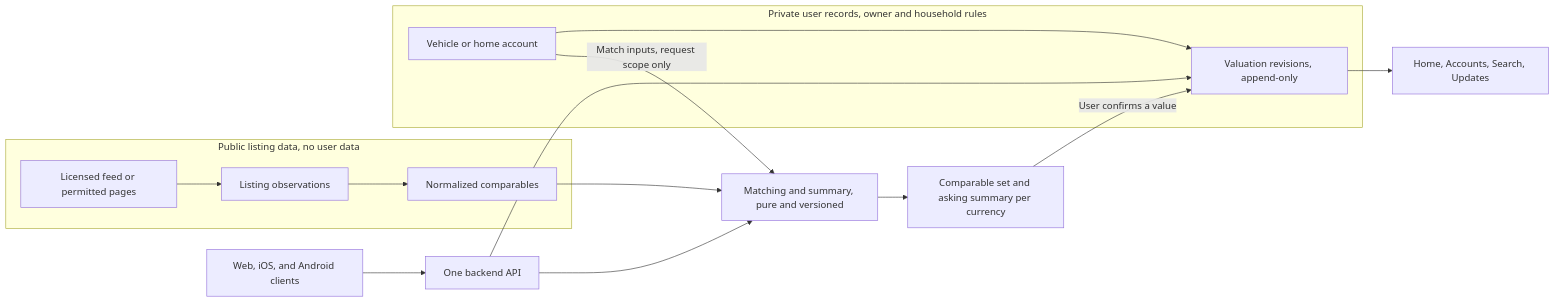
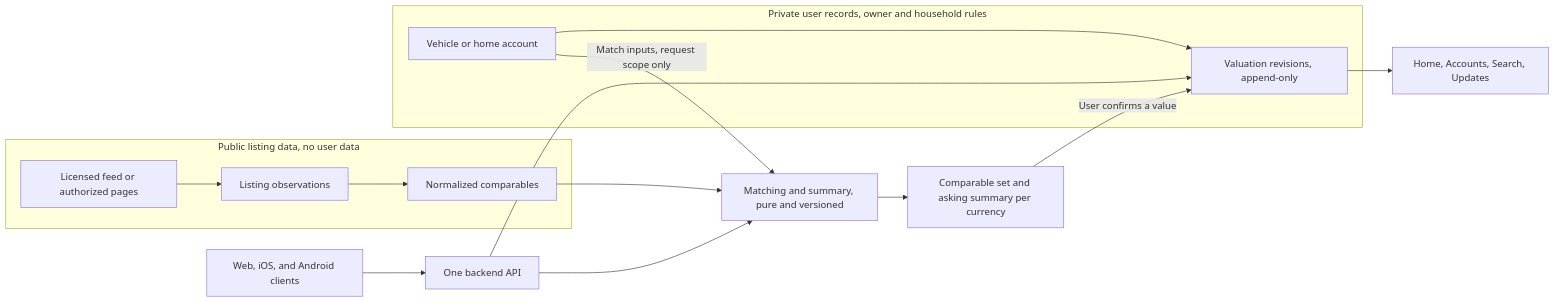
Before and after one commit to lagarcess/argus: the second of 2 diagrams in docs/reports/asset-listing-enrichment-feasibility.md, drawn with Mermaid. The commit also changed other lines of this file and 3 other files, not shown here.

````diff
--- a/docs/reports/asset-listing-enrichment-feasibility.md
+++ b/docs/reports/asset-listing-enrichment-feasibility.md
@@ -176,18 +211,18 @@
 ```mermaid
 flowchart LR
     subgraph Public["Public listing data, no user data"]
-        S["Licensed feed or permitted pages"] --> O["Listing observations"]
+        S["Licensed feed or authorized pages"] --> O["Listing observations"]
         O --> N["Normalized comparables"]
     end
     subgraph Private["Private user records, owner and household rules"]
         AC["Vehicle or home account"] --> R["Valuation revisions, append-only"]
     end
     AC -- "Match inputs, request scope only" --> M["Matching and summary, pure and versioned"]
     N --> M
     M --> V["Comparable set and asking summary per currency"]
     V -- "User confirms a value" --> R
     R --> H["Home, Accounts, Search, Updates"]
     CL["Web, iOS, and Android clients"] --> API["One backend API"]
     API --> M
     API --> R
 ```
````
